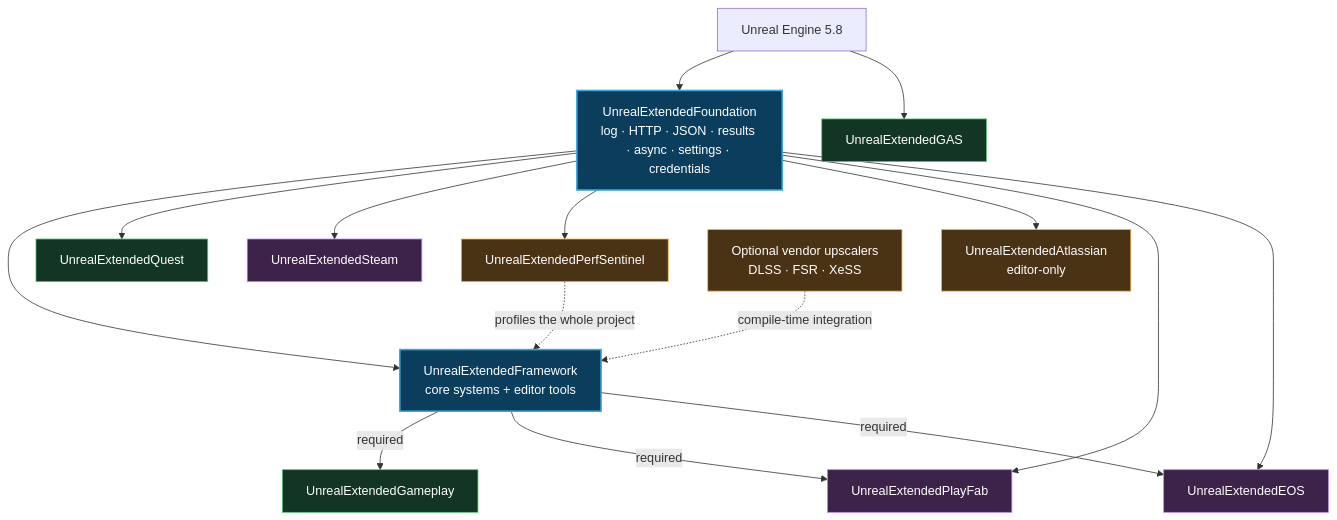
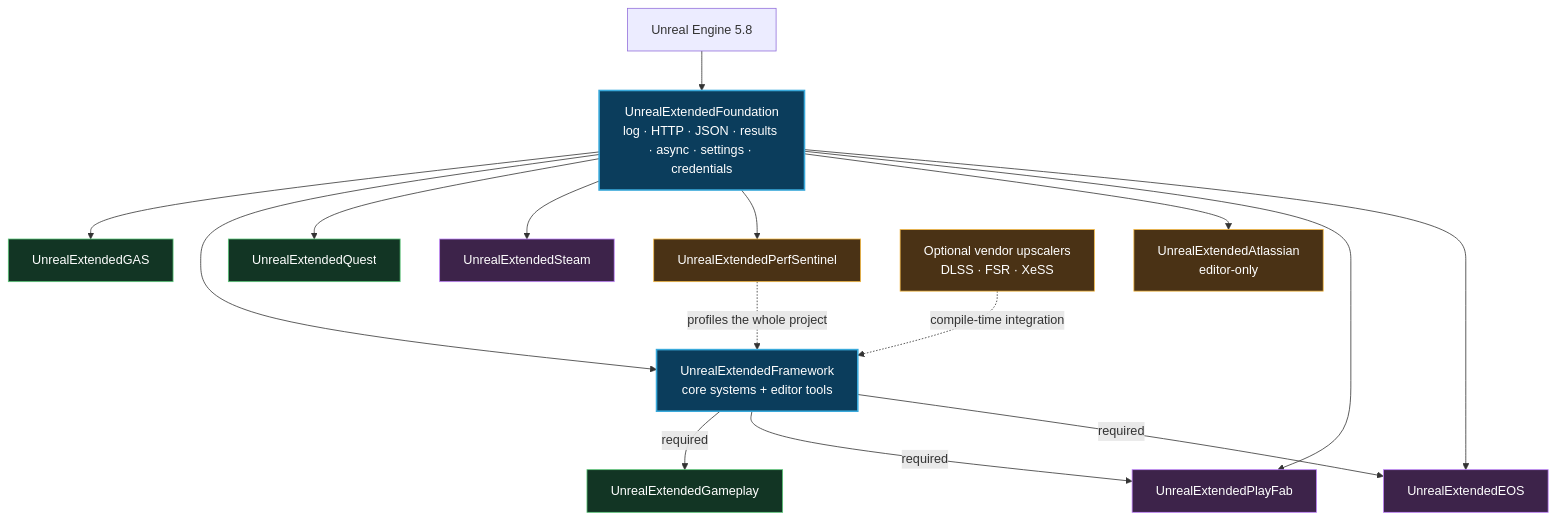
One commit to ElderDeveloper/UnrealExtendedFramework changed the diagram in README.md. Above: the diagram before and after it, drawn with Mermaid. The commit also changed other lines of this file and 12 other files, not shown here.

First line of the commit message:
Foundation 1.1: asset preloading helpers; Gameplay and GAS on the foundation

````diff
--- a/README.md
+++ b/README.md
@@ -69,39 +69,39 @@
 ```mermaid
 flowchart TB
     UE["Unreal Engine 5.8"]
     Foundation["UnrealExtendedFoundation<br/>log · HTTP · JSON · results · async · settings · credentials"]
     Core["UnrealExtendedFramework<br/>core systems + editor tools"]
     Gameplay["UnrealExtendedGameplay"]
     GAS["UnrealExtendedGAS"]
     Quest["UnrealExtendedQuest"]
     PlayFab["UnrealExtendedPlayFab"]
     EOS["UnrealExtendedEOS"]
     Steam["UnrealExtendedSteam"]
     Perf["UnrealExtendedPerfSentinel"]
     Atlassian["UnrealExtendedAtlassian<br/>editor-only"]
     Vendor["Optional vendor upscalers<br/>DLSS · FSR · XeSS"]
 
     UE --> Foundation
-    UE --> GAS
+    Foundation --> GAS
     Foundation --> Core
     Foundation --> Quest
     Foundation --> Steam
     Foundation --> Perf
     Foundation --> Atlassian
     Foundation --> PlayFab
     Foundation --> EOS
     Core -->|required| Gameplay
     Core -->|required| PlayFab
     Core -->|required| EOS
     Vendor -. compile-time integration .-> Core
     Perf -. profiles the whole project .-> Core
 
     classDef foundation fill:#0B3D5C,stroke:#39A9DB,color:#fff,stroke-width:2px;
     classDef gameplay fill:#123524,stroke:#5AC878,color:#fff;
     classDef online fill:#3D234A,stroke:#C084FC,color:#fff;
     classDef tooling fill:#4A3215,stroke:#F5B942,color:#fff;
     class Foundation,Core foundation;
     class Gameplay,GAS,Quest gameplay;
     class PlayFab,EOS,Steam online;
     class Perf,Vendor,Atlassian tooling;
 ```
````
